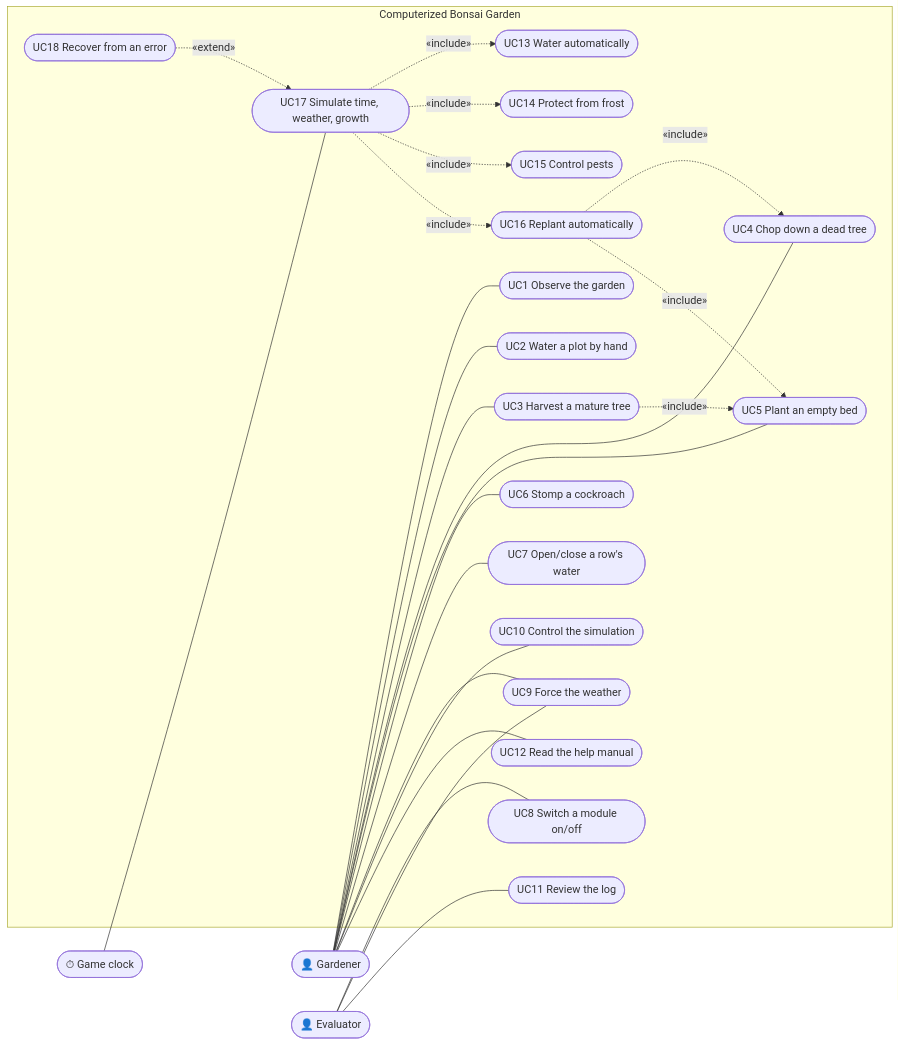
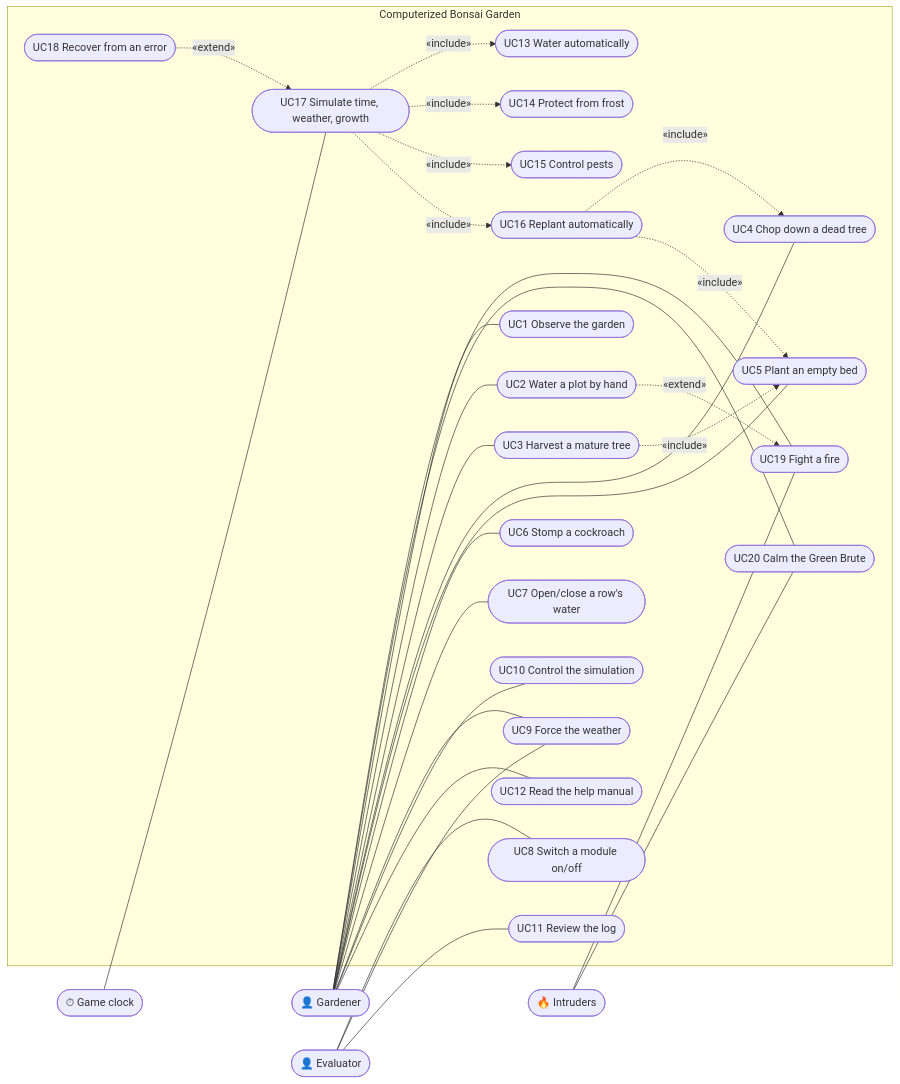
The first of 11 diagrams in docs/UML.md (Hstrauss1/gitgarden), drawn with Mermaid before and after one commit. The commit also changed other lines of this file and 14 other files, not shown here.

First line of the commit message:
Add Hellfire Rider and Green Brute events

````diff
--- a/docs/UML.md
+++ b/docs/UML.md
@@ -27,36 +27,42 @@
 ```mermaid
 flowchart LR
     Gardener(["👤 Gardener"])
     Evaluator(["👤 Evaluator"])
     Clock(["⏱ Game clock"])
 
     subgraph System["Computerized Bonsai Garden"]
         UC1(["UC1 Observe the garden"])
         UC2(["UC2 Water a plot by hand"])
         UC3(["UC3 Harvest a mature tree"])
         UC4(["UC4 Chop down a dead tree"])
         UC5(["UC5 Plant an empty bed"])
         UC6(["UC6 Stomp a cockroach"])
         UC7(["UC7 Open/close a row's water"])
         UC8(["UC8 Switch a module on/off"])
         UC9(["UC9 Force the weather"])
         UC10(["UC10 Control the simulation"])
         UC11(["UC11 Review the log"])
         UC12(["UC12 Read the help manual"])
         UC13(["UC13 Water automatically"])
         UC14(["UC14 Protect from frost"])
         UC15(["UC15 Control pests"])
         UC16(["UC16 Replant automatically"])
         UC17(["UC17 Simulate time, weather, growth"])
         UC18(["UC18 Recover from an error"])
+        UC19(["UC19 Fight a fire"])
+        UC20(["UC20 Calm the Green Brute"])
     end
+    Intruders(["🔥 Intruders"])
+    Intruders --- UC19 & UC20
+    Gardener --- UC19 & UC20
+    UC2 -. "«extend»" .-> UC19
 
     Gardener --- UC1 & UC2 & UC3 & UC4 & UC5 & UC6 & UC7 & UC9 & UC10 & UC12
     Evaluator --- UC8 & UC9 & UC11
     Clock --- UC17
     UC17 -. "«include»" .-> UC13 & UC14 & UC15 & UC16
     UC3 -. "«include»" .-> UC5
     UC16 -. "«include»" .-> UC4
     UC16 -. "«include»" .-> UC5
     UC18 -. "«extend»" .-> UC17
 ```
````
